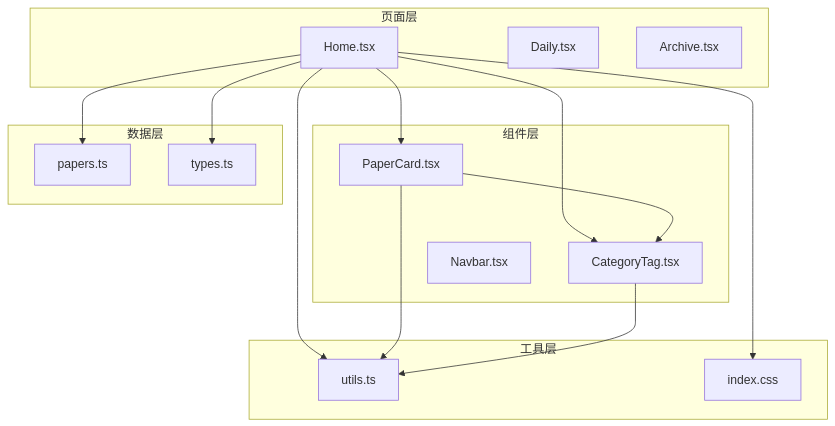
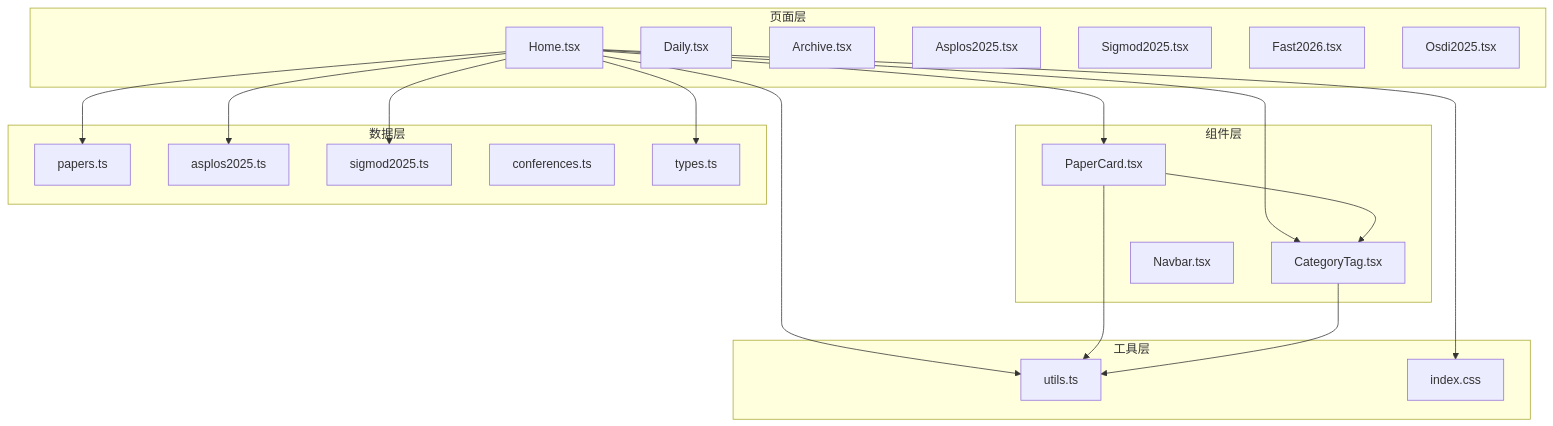
The first of 7 diagrams in .qoder/repowiki/zh/content/页面组件/首页组件.md (erikliu123/storage_ai_blog), drawn with Mermaid before and after one commit. The commit also changed other lines of this file and 84 other files, not shown here.

````diff
--- a/.qoder/repowiki/zh/content/页面组件/首页组件.md
+++ b/.qoder/repowiki/zh/content/页面组件/首页组件.md
@@ -36,30 +52,39 @@
 ```mermaid
 graph TB
 subgraph "页面层"
 Home[Home.tsx]
 Daily[Daily.tsx]
 Archive[Archive.tsx]
+Asplos2025[Asplos2025.tsx]
+Sigmod2025[Sigmod2025.tsx]
+Fast2026[Fast2026.tsx]
+Osdi2025[Osdi2025.tsx]
 end
 subgraph "组件层"
 PaperCard[PaperCard.tsx]
 CategoryTag[CategoryTag.tsx]
 Navbar[Navbar.tsx]
 end
 subgraph "数据层"
 papers[papers.ts]
+asplos2025[asplos2025.ts]
+sigmod2025[sigmod2025.ts]
+conferences[conferences.ts]
 types[types.ts]
 end
 subgraph "工具层"
 utils[utils.ts]
 css[index.css]
 end
 Home --> PaperCard
 Home --> CategoryTag
 Home --> papers
+Home --> asplos2025
+Home --> sigmod2025
 Home --> utils
 PaperCard --> CategoryTag
 PaperCard --> utils
 CategoryTag --> utils
 Home --> types
 Home --> css
 ```
````
